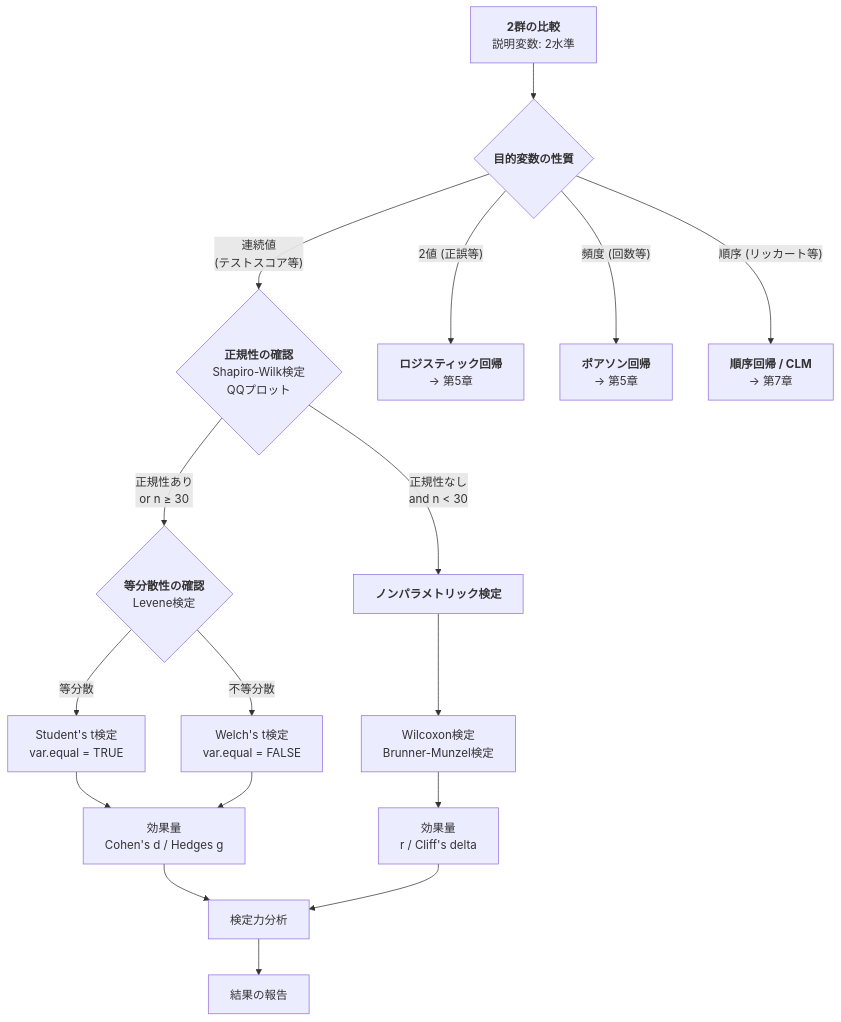
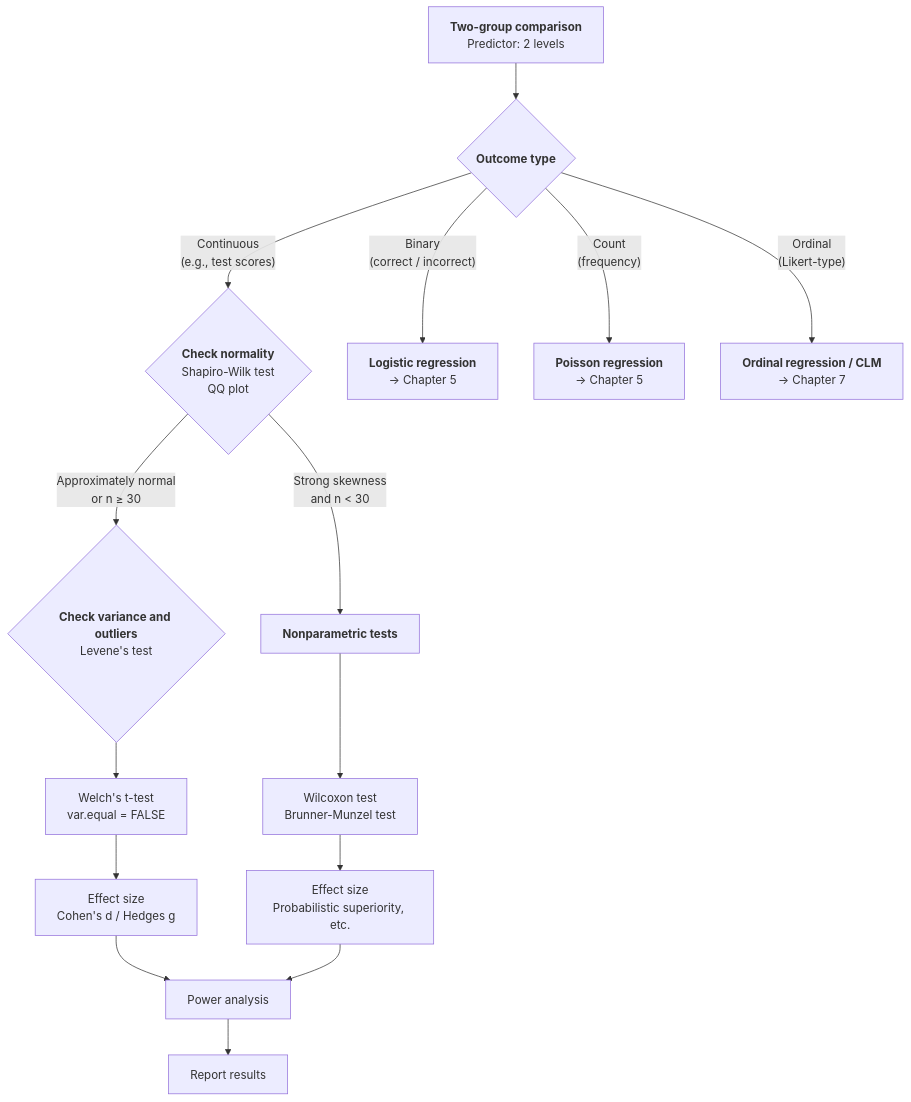
Before and after one commit to Ryuya-dot-com/ELE_Website_Statistics_Book: the diagram in 1_T検定と効果量.qmd, drawn with Mermaid. The commit also changed other lines of this file and 1020 other files, not shown here.

````diff
--- a/1_T検定と効果量.qmd
+++ b/1_T検定と効果量.qmd
@@ -187,21 +196,19 @@
 ```{mermaid}
 %%| label: fig-analysis-flow
 %%| fig-cap: "2群比較の分析フローチャート"
 flowchart TD
-    A["<b>2群の比較</b><br>説明変数: 2水準"] --> Z{"<b>目的変数の性質</b>"}
-    Z -->|"連続値<br>(テストスコア等)"| B{"<b>正規性の確認</b><br>Shapiro-Wilk検定<br>QQプロット"}
-    Z -->|"2値 (正誤等)"| GLM1["<b>ロジスティック回帰</b><br>→ 第5章"]
-    Z -->|"頻度 (回数等)"| GLM2["<b>ポアソン回帰</b><br>→ 第5章"]
-    Z -->|"順序 (リッカート等)"| GLM3["<b>順序回帰 / CLM</b><br>→ 第7章"]
-    B -->|"正規性あり<br>or n ≥ 30"| C{"<b>等分散性の確認</b><br>Levene検定"}
-    B -->|"正規性なし<br>and n < 30"| D["<b>ノンパラメトリック検定</b>"]
-    C -->|"等分散"| E["Student's t検定<br>var.equal = TRUE"]
-    C -->|"不等分散"| F["Welch's t検定<br>var.equal = FALSE"]
-    D --> G["Wilcoxon検定<br>Brunner-Munzel検定"]
-    E --> H["効果量<br>Cohen's d / Hedges g"]
-    F --> H
-    G --> I["効果量<br>r / Cliff's delta"]
-    H --> J["検定力分析"]
+    A["<b>Two-group comparison</b><br>Predictor: 2 levels"] --> Z{"<b>Outcome type</b>"}
+    Z -->|"Continuous<br>(e.g., test scores)"| B{"<b>Check normality</b><br>Shapiro-Wilk test<br>QQ plot"}
+    Z -->|"Binary<br>(correct / incorrect)"| GLM1["<b>Logistic regression</b><br>→ Chapter 5"]
+    Z -->|"Count<br>(frequency)"| GLM2["<b>Poisson regression</b><br>→ Chapter 5"]
+    Z -->|"Ordinal<br>(Likert-type)"| GLM3["<b>Ordinal regression / CLM</b><br>→ Chapter 7"]
+    B -->|"Approximately normal<br>or n ≥ 30"| C{"<b>Check variance and outliers</b><br>Levene's test"}
+    B -->|"Strong skewness<br>and n < 30"| D["<b>Nonparametric tests</b>"]
+    C --> E["Welch's t-test<br>var.equal = FALSE"]
+    D --> G["Wilcoxon test<br>Brunner-Munzel test"]
+    E --> H["Effect size<br>Cohen's d / Hedges g"]
+    G --> I["Effect size<br>Probabilistic superiority, etc."]
+    H --> J["Power analysis"]
     I --> J
-    J --> K["結果の報告"]
+    J --> K["Report results"]
 ```
````
